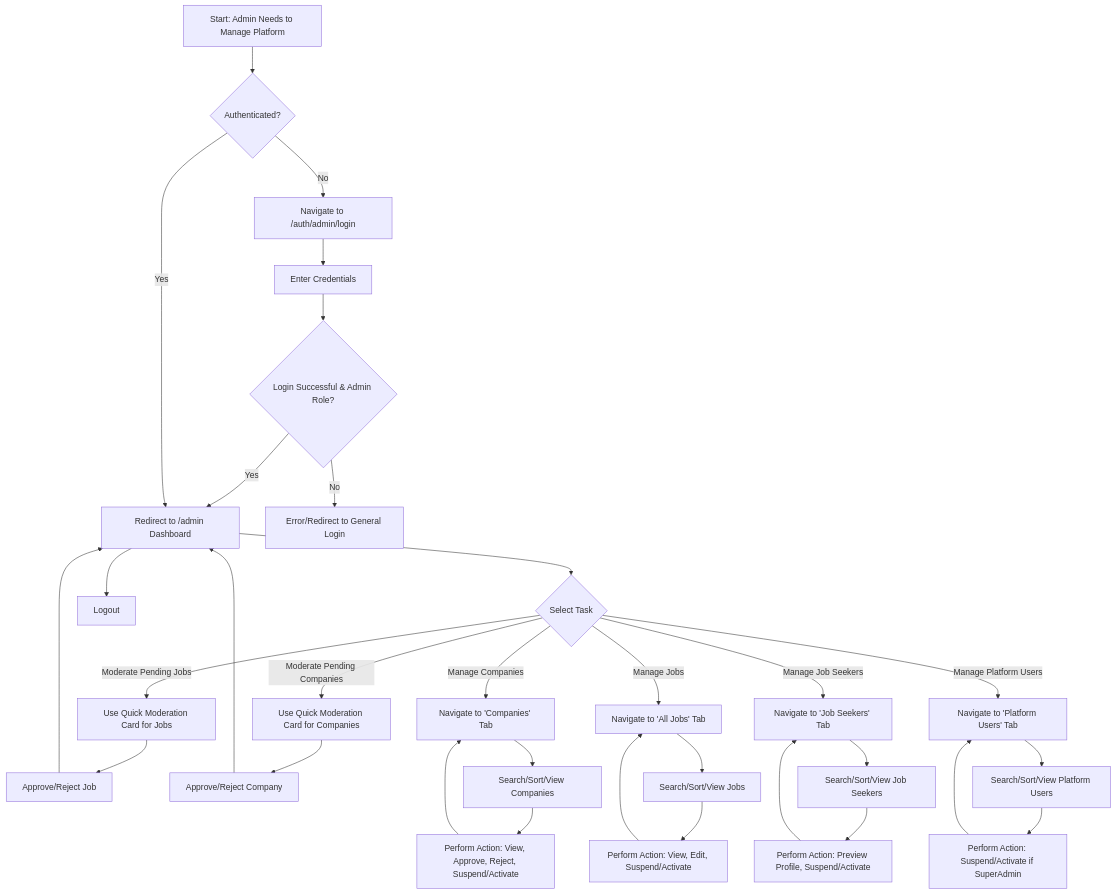
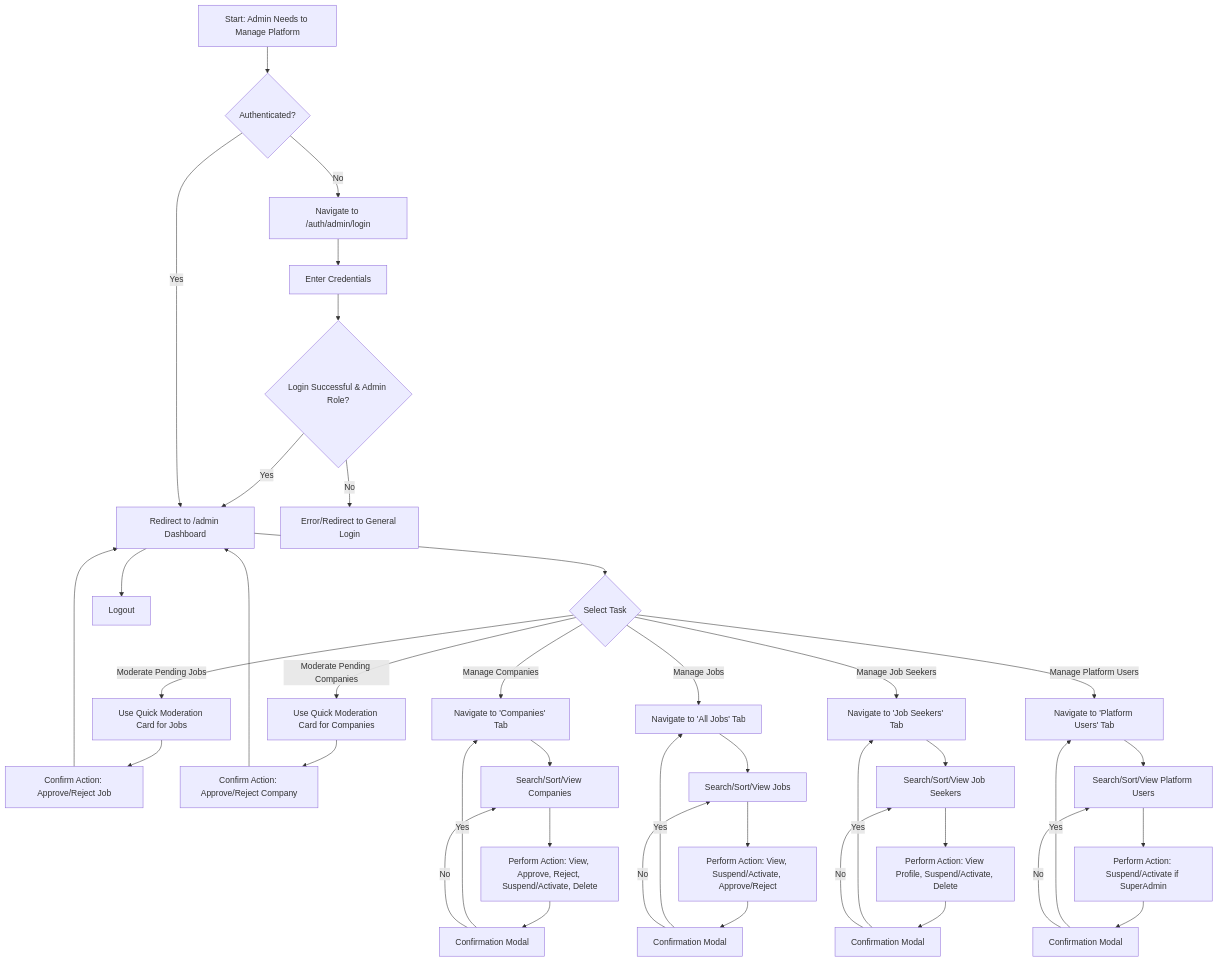
The diagram in docs/admin-features.md (KishoreKammela/JobBoardly), drawn with Mermaid before and after one commit. The commit also changed other lines of this file and 3 other files, not shown here.

````diff
--- a/docs/admin-features.md
+++ b/docs/admin-features.md
@@ -66,35 +72,42 @@
 ```mermaid
-
 graph TD
     A[Start: Admin Needs to Manage Platform] --> B{Authenticated?}
     B -- No --> C[Navigate to /auth/admin/login]
     C --> D[Enter Credentials]
     D --> E{Login Successful & Admin Role?}
     E -- Yes --> F[Redirect to /admin Dashboard]
     B -- Yes --> F
     E -- No --> G[Error/Redirect to General Login]
     F --> H{Select Task}
     H -- Moderate Pending Jobs --> I[Use Quick Moderation Card for Jobs]
-    I --> J[Approve/Reject Job]
+    I --> J[Confirm Action: Approve/Reject Job]
     J --> F
     H -- Moderate Pending Companies --> K[Use Quick Moderation Card for Companies]
-    K --> L[Approve/Reject Company]
+    K --> L[Confirm Action: Approve/Reject Company]
     L --> F
     H -- Manage Companies --> M[Navigate to 'Companies' Tab]
     M --> N[Search/Sort/View Companies]
-    N --> O[Perform Action: View, Approve, Reject, Suspend/Activate]
-    O --> M
+    N --> O[Perform Action: View, Approve, Reject, Suspend/Activate, Delete]
+    O --> O_Confirm[Confirmation Modal]
+    O_Confirm -- Yes --> M
+    O_Confirm -- No --> N
     H -- Manage Jobs --> P[Navigate to 'All Jobs' Tab]
     P --> Q[Search/Sort/View Jobs]
-    Q --> R[Perform Action: View, Edit, Suspend/Activate]
-    R --> P
+    Q --> R[Perform Action: View, Suspend/Activate, Approve/Reject]
+    R --> R_Confirm[Confirmation Modal]
+    R_Confirm -- Yes --> P
+    R_Confirm -- No --> Q
     H -- Manage Job Seekers --> S[Navigate to 'Job Seekers' Tab]
     S --> T[Search/Sort/View Job Seekers]
-    T --> U[Perform Action: Preview Profile, Suspend/Activate]
-    U --> S
+    T --> U[Perform Action: View Profile, Suspend/Activate, Delete]
+    U --> U_Confirm[Confirmation Modal]
+    U_Confirm -- Yes --> S
+    U_Confirm -- No --> T
     H -- Manage Platform Users --> V[Navigate to 'Platform Users' Tab]
     V --> W[Search/Sort/View Platform Users]
     W --> X[Perform Action: Suspend/Activate if SuperAdmin]
-    X --> V
+    X --> X_Confirm[Confirmation Modal]
+    X_Confirm -- Yes --> V
+    X_Confirm -- No --> W
     F --> Y[Logout]
 ```
````
